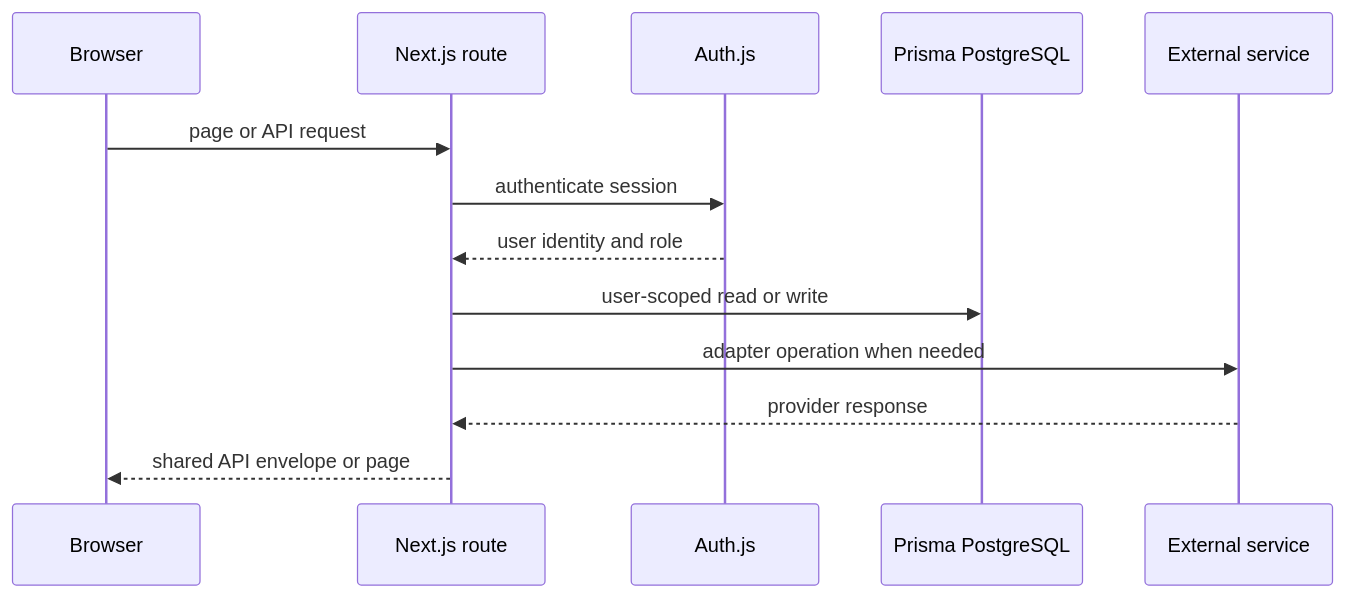
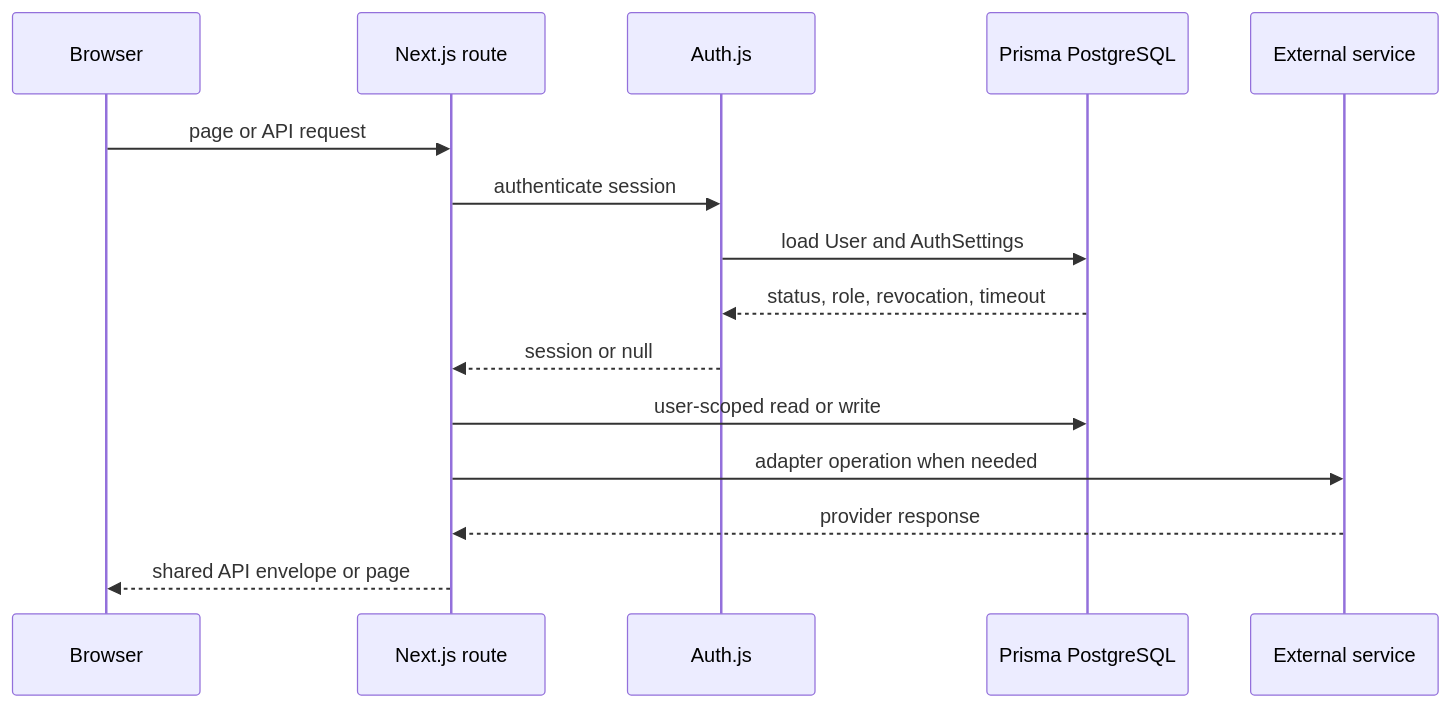
The diagram in openwiki/architecture/overview.md (haru/sealion), drawn with Mermaid before and after one commit. The commit also changed other lines of this file and 3 other files, not shown here.

````diff
--- a/openwiki/architecture/overview.md
+++ b/openwiki/architecture/overview.md
@@ -14,15 +14,17 @@
 ```mermaid
 sequenceDiagram
     participant Browser
     participant Route as Next.js route
     participant Auth as Auth.js
     participant DB as Prisma PostgreSQL
     participant Remote as External service
     Browser->>Route: page or API request
     Route->>Auth: authenticate session
-    Auth-->>Route: user identity and role
+    Auth->>DB: load User and AuthSettings
+    DB-->>Auth: status, role, revocation, timeout
+    Auth-->>Route: session or null
     Route->>DB: user-scoped read or write
     Route->>Remote: adapter operation when needed
     Remote-->>Route: provider response
     Route-->>Browser: shared API envelope or page
 ```
````
